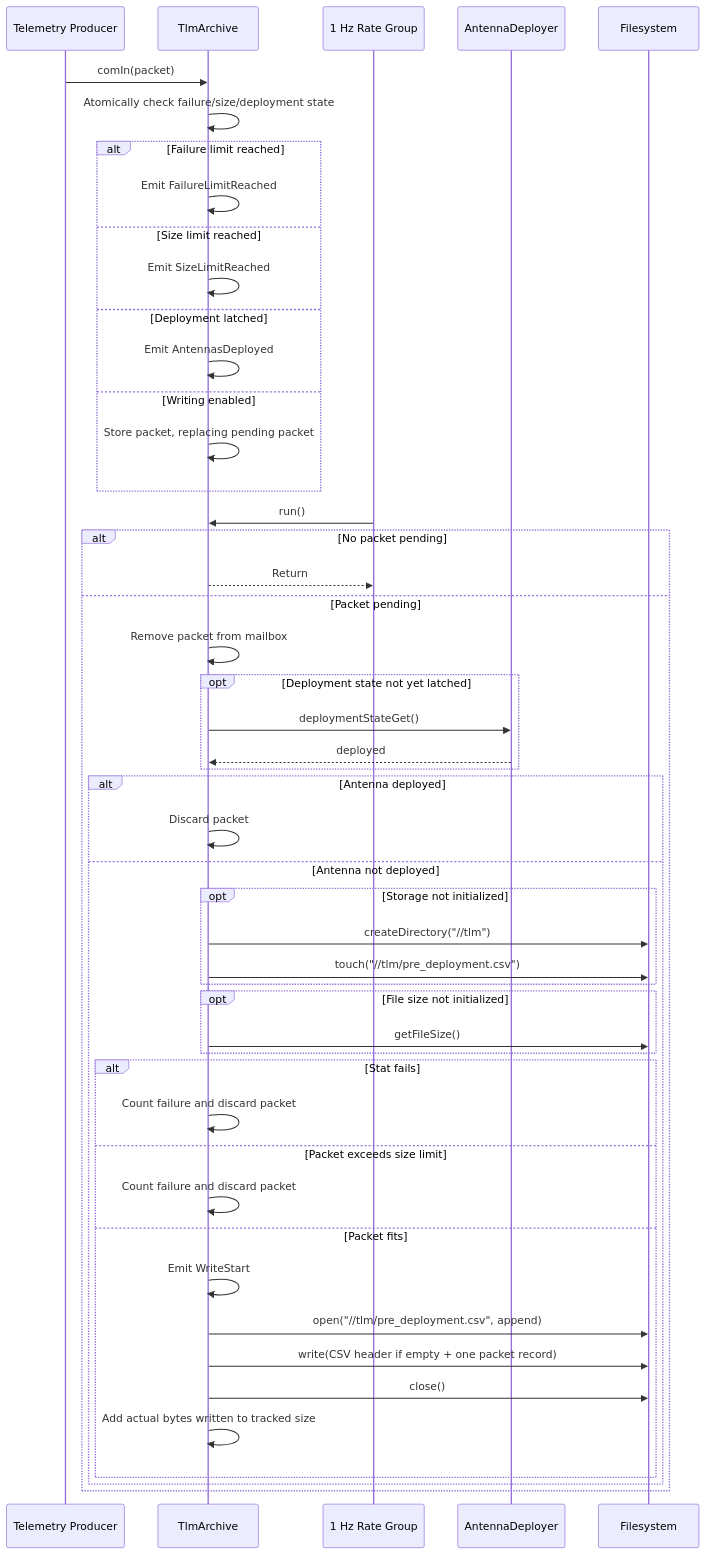
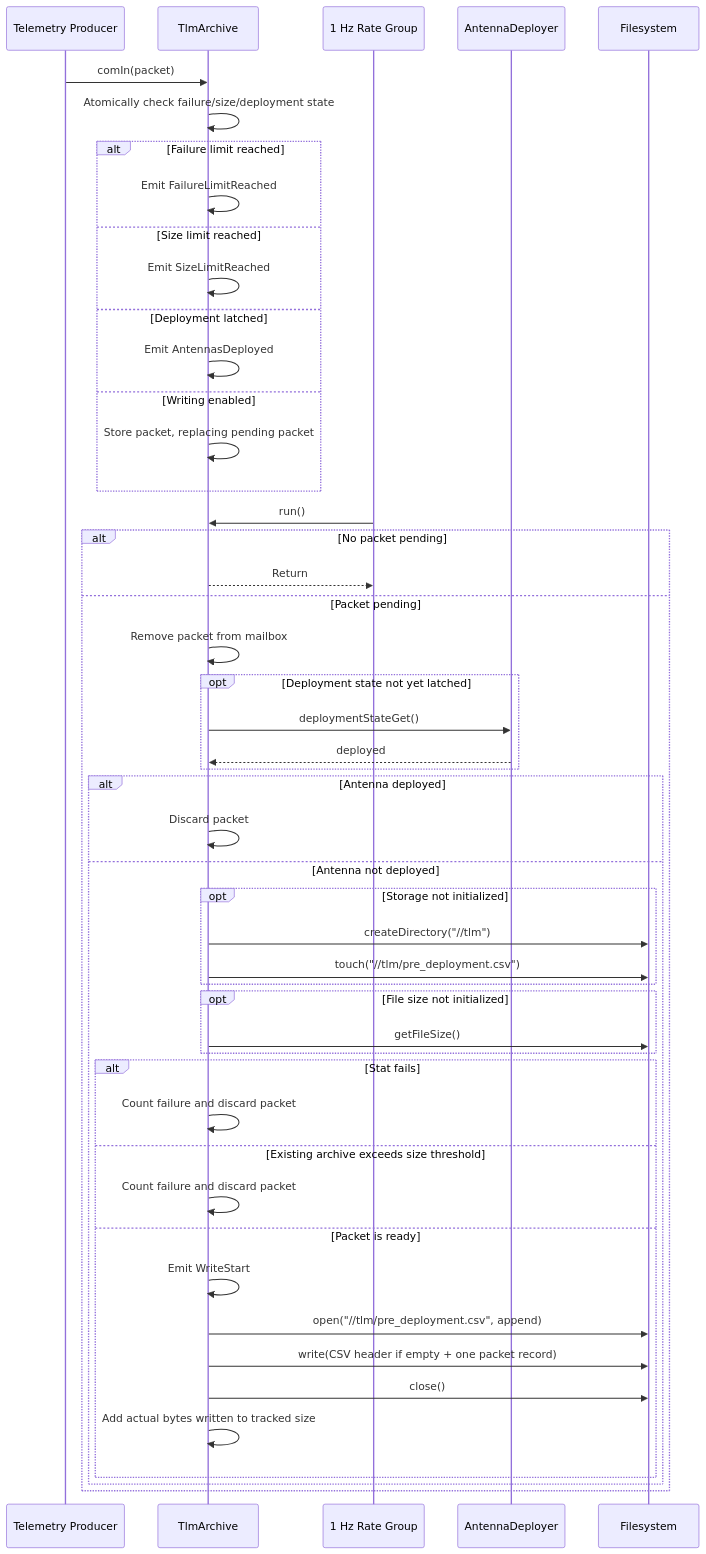
One commit to Open-Source-Space-Foundation/proves-core-reference changed the second of 2 diagrams in PROVESFlightControllerReference/Components/TlmArchive/docs/sdd.md. Above: the diagram before and after it, drawn with Mermaid. The commit also changed other lines of this file and 2 other files, not shown here.

````diff
--- a/PROVESFlightControllerReference/Components/TlmArchive/docs/sdd.md
+++ b/PROVESFlightControllerReference/Components/TlmArchive/docs/sdd.md
@@ -185,53 +184,53 @@
 ```mermaid
 sequenceDiagram
     participant Producer as Telemetry Producer
     participant Archive as TlmArchive
     participant Rate as 1 Hz Rate Group
     participant Deploy as AntennaDeployer
     participant FS as Filesystem
 
     Producer->>Archive: comIn(packet)
     Archive->>Archive: Atomically check failure/size/deployment state
     alt Failure limit reached
         Archive->>Archive: Emit FailureLimitReached
     else Size limit reached
         Archive->>Archive: Emit SizeLimitReached
     else Deployment latched
         Archive->>Archive: Emit AntennasDeployed
     else Writing enabled
         Archive->>Archive: Store packet, replacing pending packet
     end
 
     Rate->>Archive: run()
     alt No packet pending
         Archive-->>Rate: Return
     else Packet pending
         Archive->>Archive: Remove packet from mailbox
         opt Deployment state not yet latched
             Archive->>Deploy: deploymentStateGet()
             Deploy-->>Archive: deployed
         end
         alt Antenna deployed
             Archive->>Archive: Discard packet
         else Antenna not deployed
             opt Storage not initialized
                 Archive->>FS: createDirectory("//tlm")
                 Archive->>FS: touch("//tlm/pre_deployment.csv")
             end
             opt File size not initialized
                 Archive->>FS: getFileSize()
             end
             alt Stat fails
                 Archive->>Archive: Count failure and discard packet
-            else Packet exceeds size limit
+            else Existing archive exceeds size threshold
                 Archive->>Archive: Count failure and discard packet
-            else Packet fits
+            else Packet is ready
                 Archive->>Archive: Emit WriteStart
                 Archive->>FS: open("//tlm/pre_deployment.csv", append)
                 Archive->>FS: write(CSV header if empty + one packet record)
                 Archive->>FS: close()
                 Archive->>Archive: Add actual bytes written to tracked size
             end
         end
     end
 ```
````
